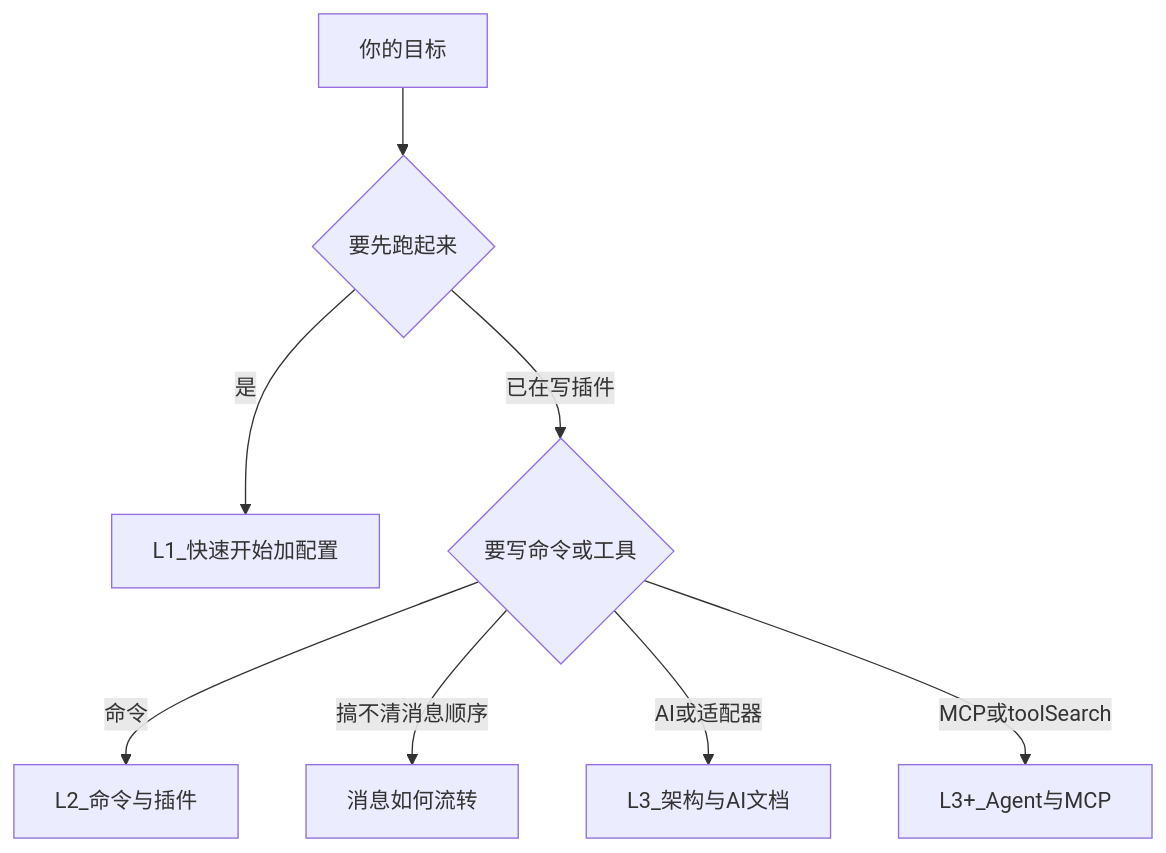
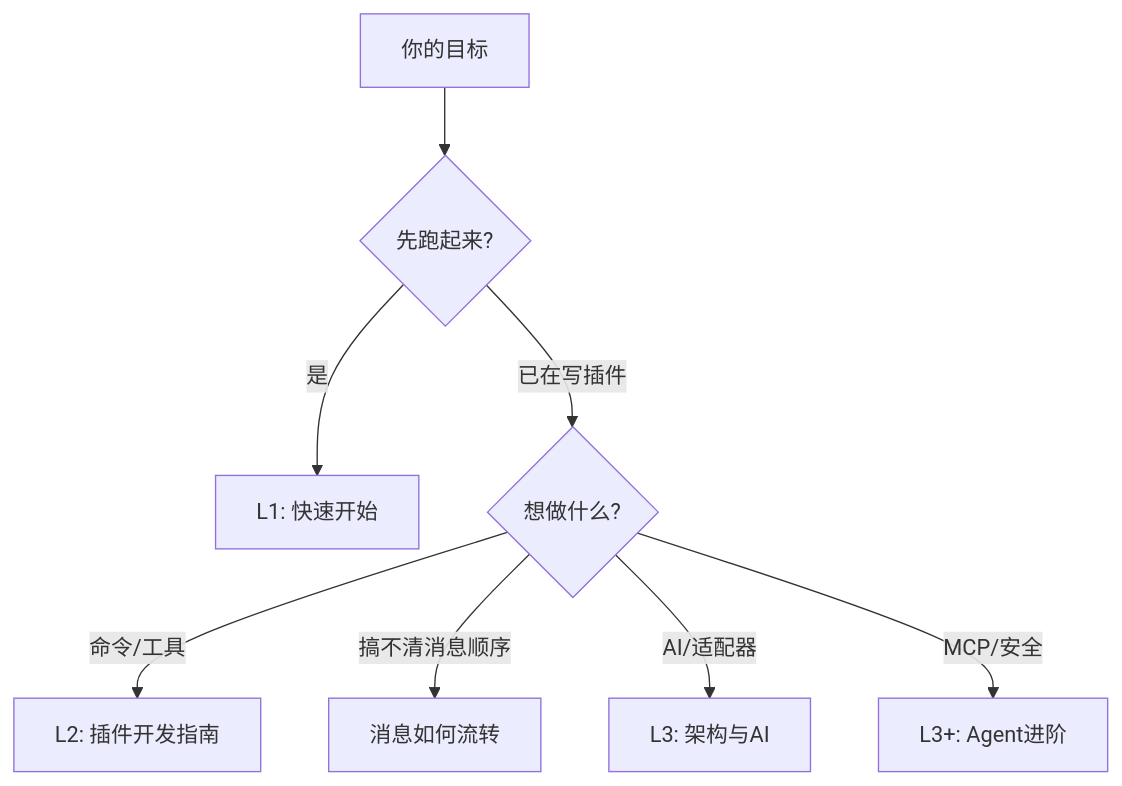
The diagram in docs/essentials/learning-paths.md (zhinjs/zhin), drawn with Mermaid before and after one commit. The commit also changed other lines of this file and 81 other files, not shown here.

````diff
--- a/docs/essentials/learning-paths.md
+++ b/docs/essentials/learning-paths.md
@@ -111,11 +55,10 @@
 ```mermaid
 flowchart TD
-  start[你的目标]
-  start --> q1{要先跑起来}
-  q1 -->|是| l1[L1_快速开始加配置]
-  q1 -->|已在写插件| q2{要写命令或工具}
-  q2 -->|命令| l2[L2_命令与插件]
+  start[你的目标] --> q1{先跑起来?}
+  q1 -->|是| l1[L1: 快速开始]
+  q1 -->|已在写插件| q2{想做什么?}
+  q2 -->|命令/工具| l2[L2: 插件开发指南]
   q2 -->|搞不清消息顺序| flow[消息如何流转]
-  q2 -->|AI或适配器| l3[L3_架构与AI文档]
-  q2 -->|MCP或toolSearch| l3plus[L3+_Agent与MCP]
+  q2 -->|AI/适配器| l3[L3: 架构与AI]
+  q2 -->|MCP/安全| l3p[L3+: Agent进阶]
 ```
````
